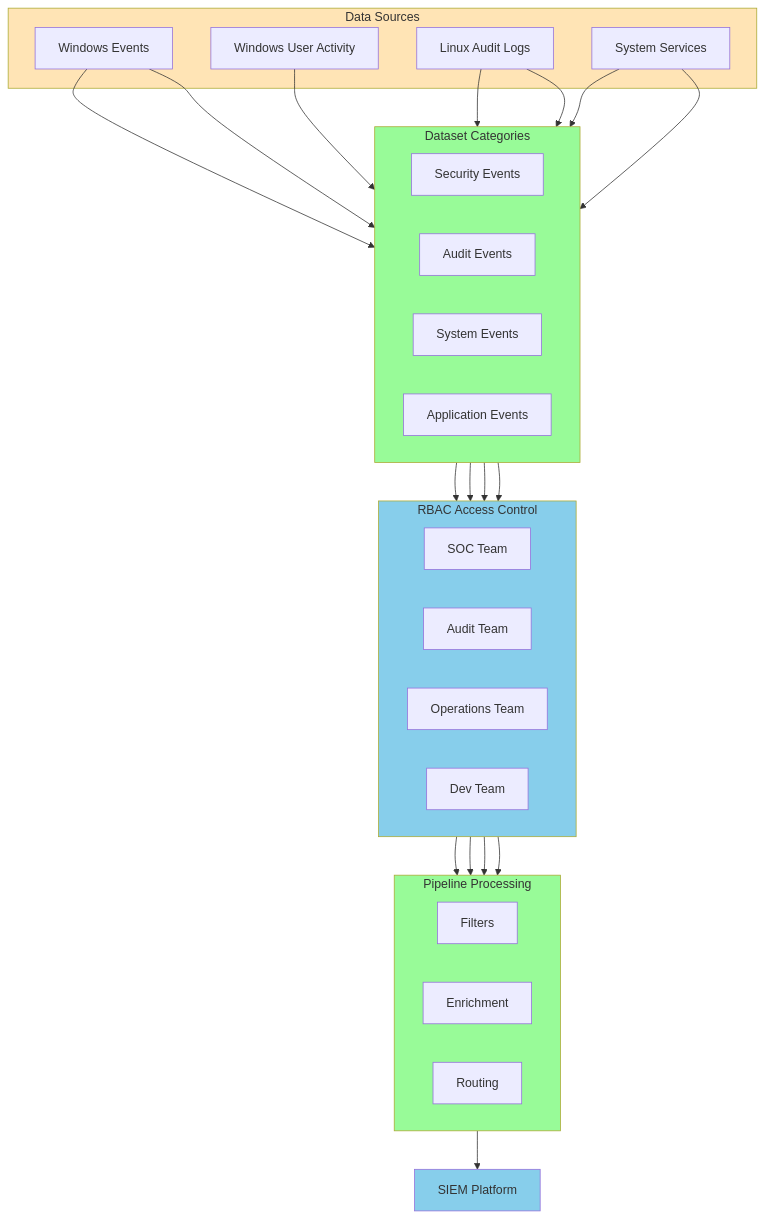
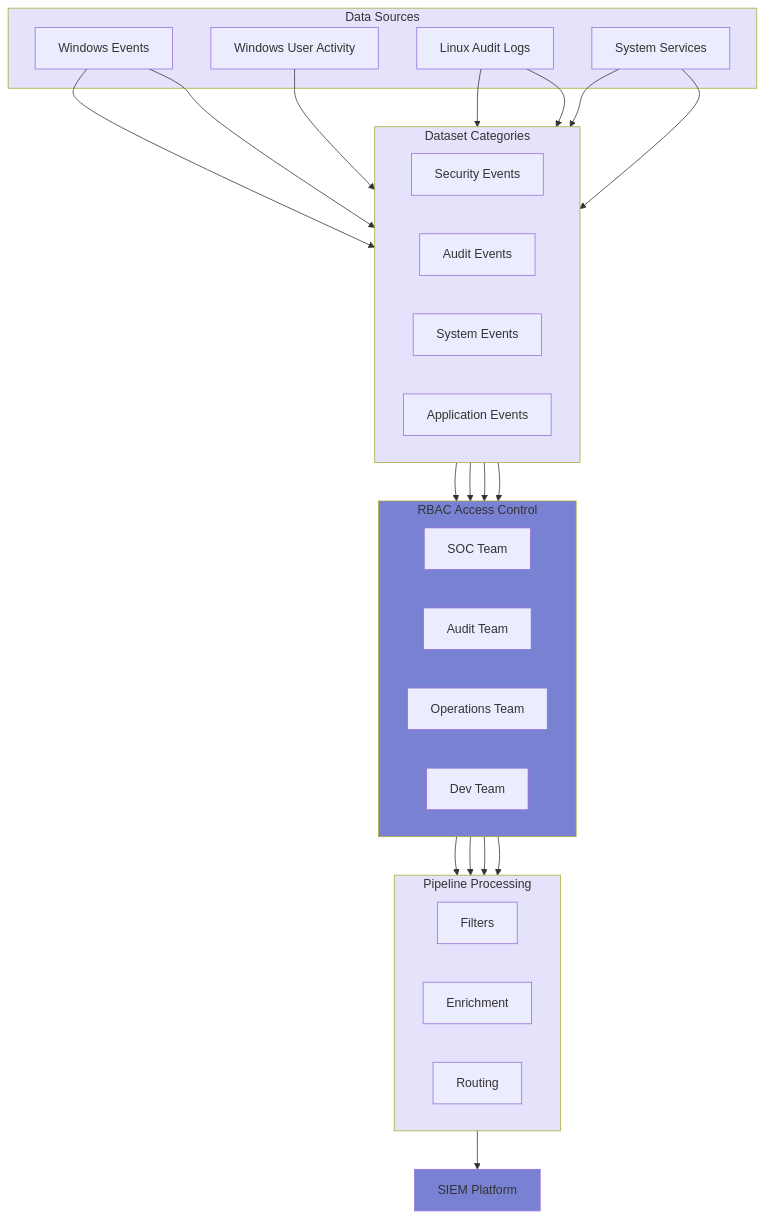
One commit to VirtualMetric/virtualmetric-docs changed the fourth of 8 diagrams in docs/features.mdx. Above: the diagram before and after it, drawn with Mermaid. The commit also changed other lines of this file and 1 other file, not shown here.

````diff
--- a/docs/features.mdx
+++ b/docs/features.mdx
@@ -145,51 +147,51 @@
 ```mermaid
 flowchart TD
     subgraph DataSources[Data Sources]
         WE[Windows Events]
         WU[Windows User Activity]
         LA[Linux Audit Logs]
         SS[System Services]
     end
 
     subgraph Datasets[Dataset Categories]
         direction LR
         SEC[Security Events]
         AUD[Audit Events]
         SYS[System Events]
         APP[Application Events]
     end
 
     subgraph Access[RBAC Access Control]
         direction LR
         SOC[SOC Team]
         AUD_T[Audit Team]
         OPS[Operations Team]
         DEV[Dev Team]
     end
 
     WE --> SEC & SYS
     WU --> AUD
     LA --> SEC & AUD
     SS --> APP & SYS
 
     SEC --> SOC
     AUD --> AUD_T
     SYS --> OPS
     APP --> DEV
 
     subgraph Pipeline[Pipeline Processing]
         direction LR
         F[Filters]
         E[Enrichment]
         R[Routing]
     end
 
     SOC & AUD_T & OPS & DEV --> Pipeline
     Pipeline --> SIEM[SIEM Platform]
 
-    style DataSources fill:#FFE4B5
-    style Datasets fill:#98FB98
-    style Access fill:#87CEEB
-    style Pipeline fill:#98FB98
-    style SIEM fill:#87CEEB
+    style DataSources fill:#E5E2FB
+    style Datasets fill:#E5E2FB
+    style Access fill:#7982D2
+    style Pipeline fill:#E5E2FB
+    style SIEM fill:#7982D2
 ```
````
